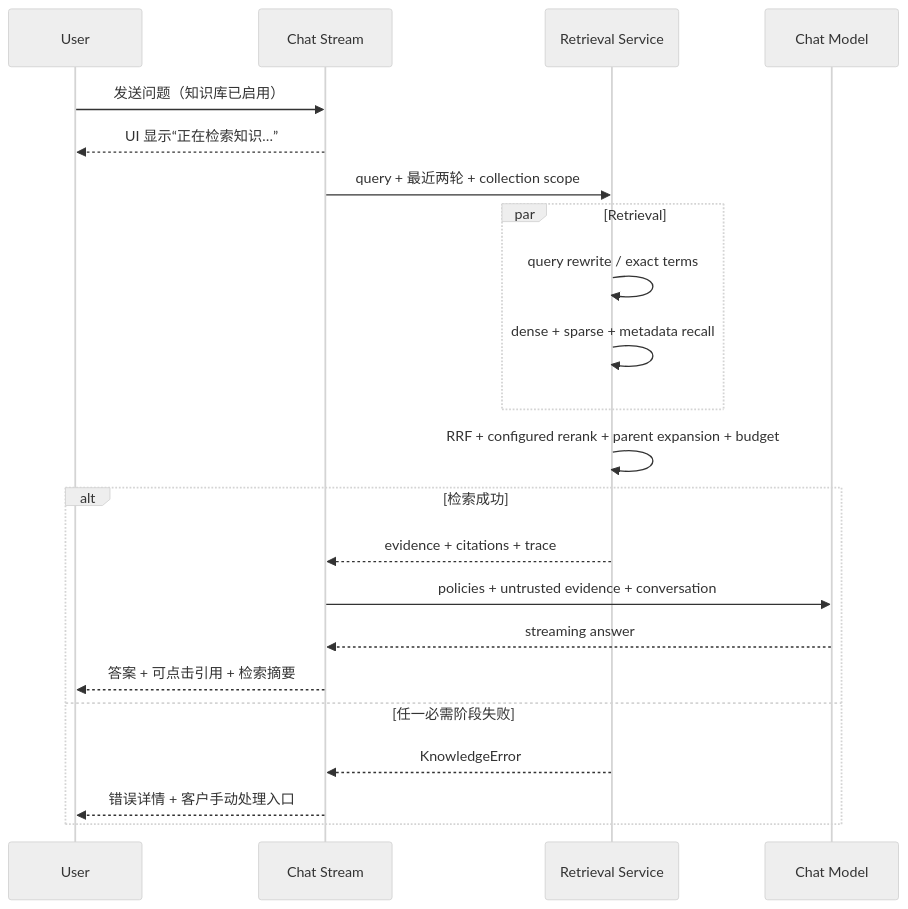
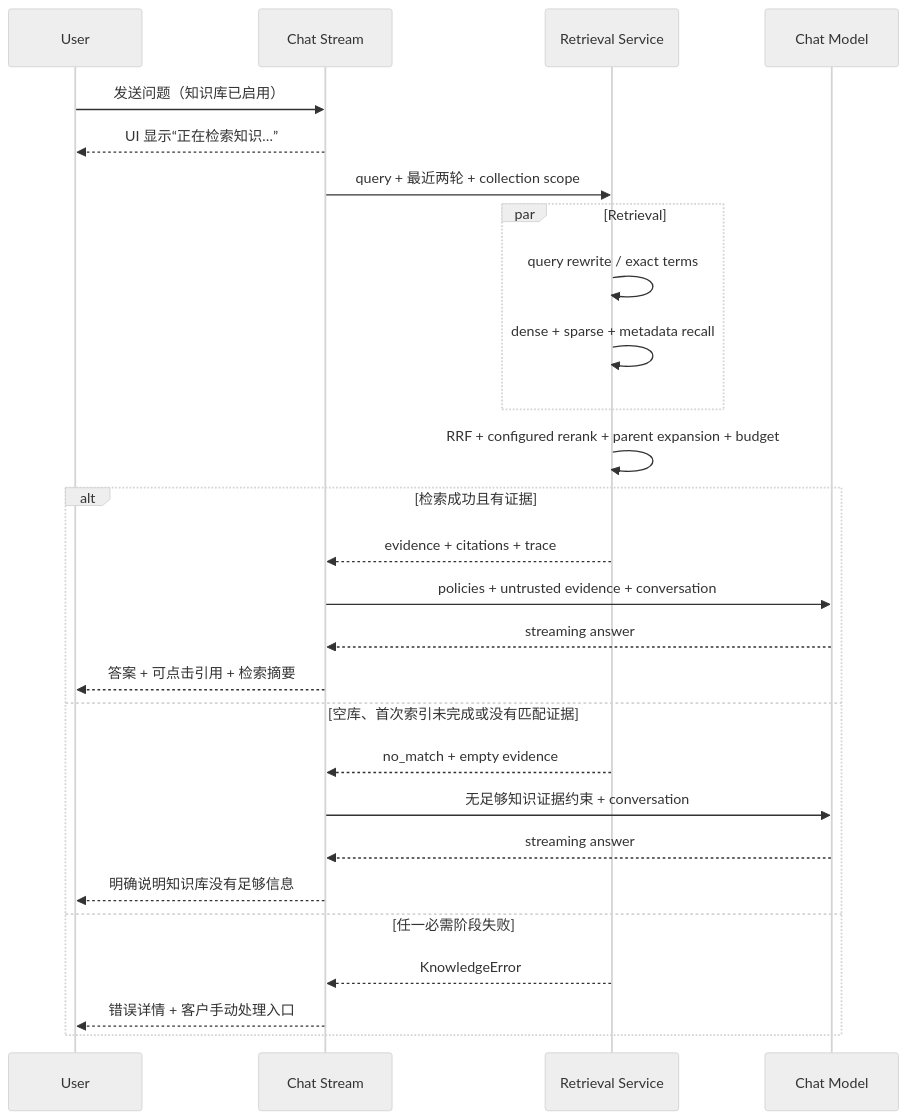
Before and after one commit to zhangxinggang/momo-ai: the third of 3 diagrams in docs/architecture/knowledge-base-rag-v2-detailed-design.md, drawn with Mermaid (neutral theme). The commit also changed other lines of this file and 572 other files, not shown here.

````diff
--- a/docs/architecture/knowledge-base-rag-v2-detailed-design.md
+++ b/docs/architecture/knowledge-base-rag-v2-detailed-design.md
@@ -720,25 +722,30 @@
 ```mermaid
 sequenceDiagram
   participant U as User
   participant C as Chat Stream
   participant R as Retrieval Service
   participant M as Chat Model
 
   U->>C: 发送问题（知识库已启用）
   C-->>U: UI 显示“正在检索知识…”
   C->>R: query + 最近两轮 + collection scope
   par Retrieval
     R->>R: query rewrite / exact terms
     R->>R: dense + sparse + metadata recall
   end
   R->>R: RRF + configured rerank + parent expansion + budget
-  alt 检索成功
+  alt 检索成功且有证据
     R-->>C: evidence + citations + trace
     C->>M: policies + untrusted evidence + conversation
     M-->>C: streaming answer
     C-->>U: 答案 + 可点击引用 + 检索摘要
+  else 空库、首次索引未完成或没有匹配证据
+    R-->>C: no_match + empty evidence
+    C->>M: 无足够知识证据约束 + conversation
+    M-->>C: streaming answer
+    C-->>U: 明确说明知识库没有足够信息
   else 任一必需阶段失败
     R-->>C: KnowledgeError
     C-->>U: 错误详情 + 客户手动处理入口
   end
 ```
````
